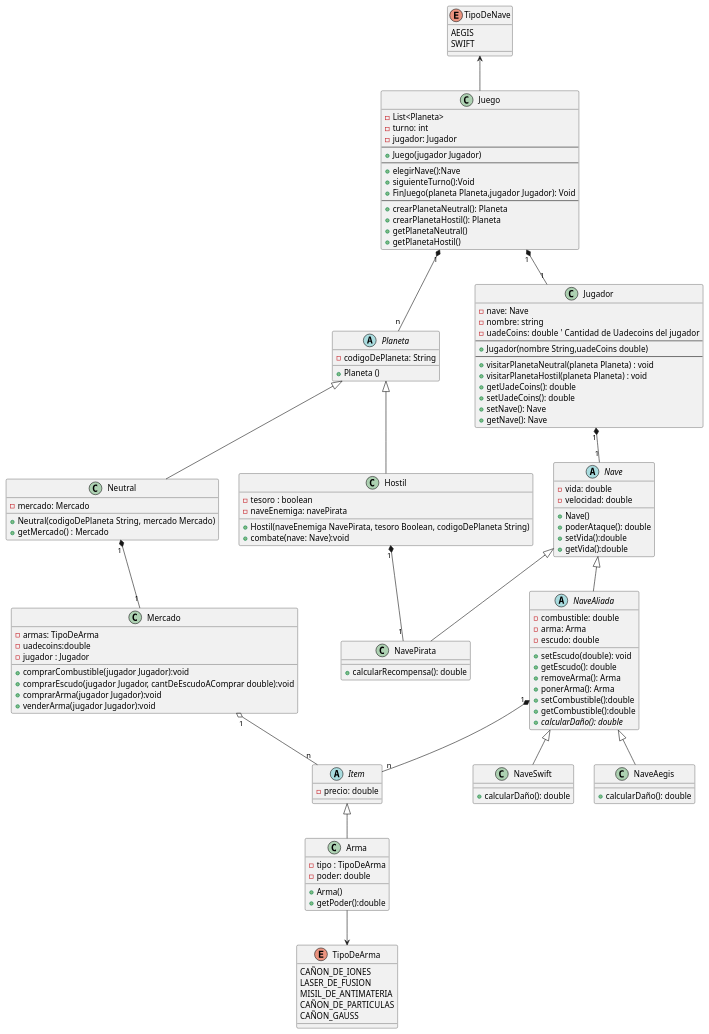
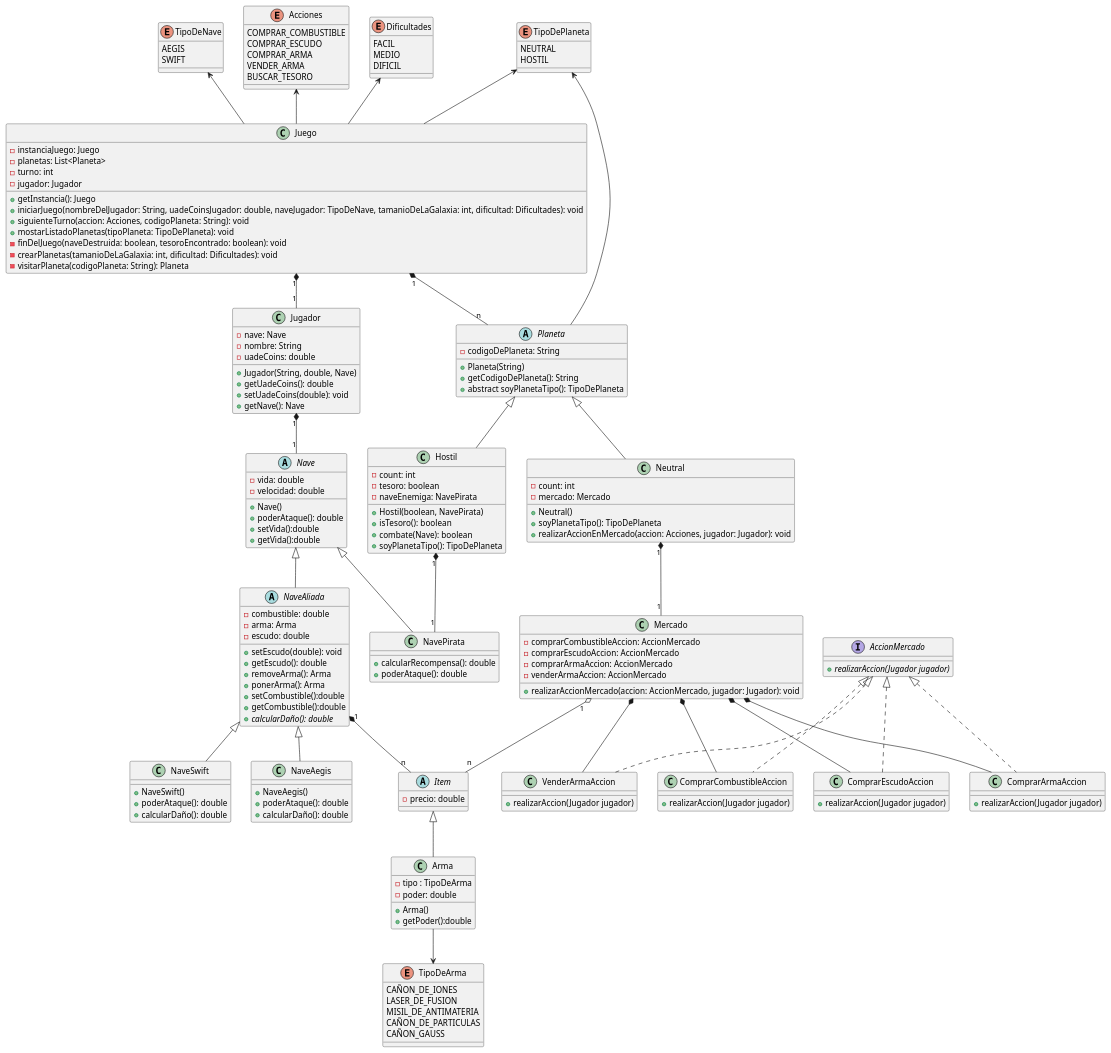
Before and after one commit to ianlio-git/LostGalaxy: the diagram in src/main/java/org/example/Diagrams/TPO_ClassDiagram.puml, drawn with PlantUML. The commit also changed 2 other files, not shown here.

```diff
--- a/src/main/java/org/example/Diagrams/TPO_ClassDiagram.puml
+++ b/src/main/java/org/example/Diagrams/TPO_ClassDiagram.puml
@@ -1,138 +1,188 @@
 @startuml
 'class Juego
 TipoDeNave <-- Juego
+Acciones <-- Juego
+Dificultades <-- Juego
+TipoDePlaneta <-- Juego
+TipoDePlaneta <-- Planeta
 enum TipoDeNave{
     AEGIS
     SWIFT
+}
+enum Acciones {
+    COMPRAR_COMBUSTIBLE
+    COMPRAR_ESCUDO
+    COMPRAR_ARMA
+    VENDER_ARMA
+    BUSCAR_TESORO
+}
+
+enum Dificultades {
+    FACIL
+    MEDIO
+    DIFICIL
+}
+
+enum TipoDePlaneta {
+    NEUTRAL
+    HOSTIL
 }
 Arma --> TipoDeArma
 enum TipoDeArma{
    CAÑON_DE_IONES
    LASER_DE_FUSION
    MISIL_DE_ANTIMATERIA
    CAÑON_DE_PARTICULAS
    CAÑON_GAUSS
 }
 Juego "1" *-- "n" Planeta
 Juego "1" *-- "1" Jugador
 class Juego {
-    - List<Planeta>
+    - instanciaJuego: Juego
+    - planetas: List<Planeta>
     - turno: int
     - jugador: Jugador
-    --
-    + Juego(jugador Jugador)
-    --
-    + elegirNave():Nave
-    + siguienteTurno():Void
-    + FinJuego(planeta Planeta,jugador Jugador): Void
-    --
-    + crearPlanetaNeutral(): Planeta
-    + crearPlanetaHostil(): Planeta
-    + getPlanetaNeutral()
-    + getPlanetaHostil()
+
+    + getInstancia(): Juego
+    + iniciarJuego(nombreDelJugador: String, uadeCoinsJugador: double, naveJugador: TipoDeNave, tamanioDeLaGalaxia: int, dificultad: Dificultades): void
+    + siguienteTurno(accion: Acciones, codigoPlaneta: String): void
+    + mostarListadoPlanetas(tipoPlaneta: TipoDePlaneta): void
+    - finDelJuego(naveDestruida: boolean, tesoroEncontrado: boolean): void
+    - crearPlanetas(tamanioDeLaGalaxia: int, dificultad: Dificultades): void
+    - visitarPlaneta(codigoPlaneta: String): Planeta
 }
 Jugador "1" *-- "1" Nave
 'class Jugador
 class Jugador {
     - nave: Nave
-    - nombre: string
-    - uadeCoins: double  ' Cantidad de Uadecoins del jugador
-    --
-    + Jugador(nombre String,uadeCoins double)
-    --
-    + visitarPlanetaNeutral(planeta Planeta) : void
-    + visitarPlanetaHostil(planeta Planeta) : void
+    - nombre: String
+    - uadeCoins: double
+    + Jugador(String, double, Nave)
     + getUadeCoins(): double
-    + setUadeCoins(): double
-    + setNave(): Nave
+    + setUadeCoins(double): void
     + getNave(): Nave
 }
+
 
 'class Nave
 abstract class Nave {
     - vida: double
     - velocidad: double
     + Nave()
     + poderAtaque(): double
     + setVida():double
     + getVida():double
 }
 abstract class NaveAliada extends Nave{
  - combustible: double
  - arma: Arma
  - escudo: double
  + setEscudo(double): void
  + getEscudo(): double
  + removeArma(): Arma
  + ponerArma(): Arma
  + setCombustible():double
  + getCombustible():double
  + {abstract} calcularDaño(): double
 }
 ' Clase para Nave Aegis
-class NaveAegis extends NaveAliada{
-+ calcularDaño(): double
+class NaveAegis extends NaveAliada {
+    +NaveAegis()
+    +poderAtaque(): double
+    +calcularDaño(): double
 }
 ' Clase para Nave Swift
 class NaveSwift extends NaveAliada {
-+ calcularDaño(): double
+    +NaveSwift()
+    +poderAtaque(): double
+    +calcularDaño(): double
 }
 NaveAliada "1"*--"n" Item
 abstract class Item{
 - precio: double
 
 }
 'class Arma
 class Arma extends Item{
     - tipo : TipoDeArma
     - poder: double
     + Arma()
     + getPoder():double
 }
 
 
 Hostil "1"*--"1" NavePirata
 'class Enemigo
-class NavePirata extends Nave {
-    + calcularRecompensa(): double
+class NavePirata extends Nave{
+    +calcularRecompensa(): double
+    +poderAtaque(): double
 }
+
 
 'class Planeta
 
 Neutral "1"*--"1" Mercado
 abstract class Planeta {
     - codigoDePlaneta: String
-    + Planeta ()
+    + Planeta(String)
+    + getCodigoDePlaneta(): String
+    + abstract soyPlanetaTipo(): TipoDePlaneta
 }
 
 'class org.example.mercado.a.Mercado
-class Neutral extends Planeta{
+class Neutral extends Planeta {
+    - count: int
     - mercado: Mercado
-    + Neutral(codigoDePlaneta String, mercado Mercado)
-    + getMercado() : Mercado
 
+    + Neutral()
+    + soyPlanetaTipo(): TipoDePlaneta
+    + realizarAccionEnMercado(accion: Acciones, jugador: Jugador): void
 }
+
 Mercado "1" o-- "n" Item
 class Mercado {
-    -armas: TipoDeArma
-    -uadecoins:double
-    -jugador : Jugador
-    + comprarCombustible(jugador Jugador):void
-    + comprarEscudo(jugador Jugador, cantDeEscudoAComprar double):void
-    + comprarArma(jugador Jugador):void
-    + venderArma(jugador Jugador):void
+    - comprarCombustibleAccion: AccionMercado
+    - comprarEscudoAccion: AccionMercado
+    - comprarArmaAccion: AccionMercado
+    - venderArmaAccion: AccionMercado
 
+    + realizarAccionMercado(accion: AccionMercado, jugador: Jugador): void
+}
+Mercado *-- ComprarCombustibleAccion
+Mercado *-- ComprarEscudoAccion
+Mercado *-- ComprarArmaAccion
+Mercado *-- VenderArmaAccion
+interface AccionMercado {
+    {abstract} +realizarAccion(Jugador jugador)
 }
 
+class ComprarArmaAccion implements AccionMercado {
+    +realizarAccion(Jugador jugador)
+}
+
+class ComprarCombustibleAccion implements AccionMercado {
+    +realizarAccion(Jugador jugador)
+}
+
+class ComprarEscudoAccion implements AccionMercado {
+    +realizarAccion(Jugador jugador)
+}
+
+class VenderArmaAccion implements AccionMercado {
+    +realizarAccion(Jugador jugador)
+}
 
 
 'Subclase de Planeta: Hostil
 class Hostil extends Planeta{
-    - tesoro : boolean
-    - naveEnemiga: navePirata
-    + Hostil(naveEnemiga NavePirata, tesoro Boolean, codigoDePlaneta String)
-    + combate(nave: Nave):void
+    - count: int
+    - tesoro: boolean
+    - naveEnemiga: NavePirata
+    + Hostil(boolean, NavePirata)
+    + isTesoro(): boolean
+    + combate(Nave): boolean
+    + soyPlanetaTipo(): TipoDePlaneta
 }
 
 
 @enduml
```
